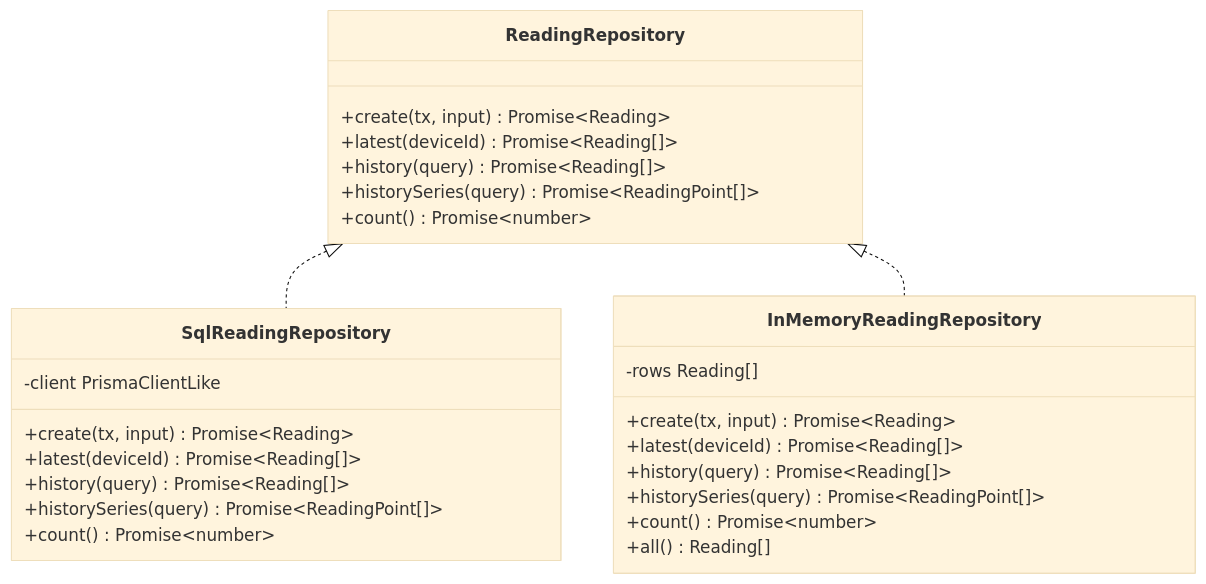
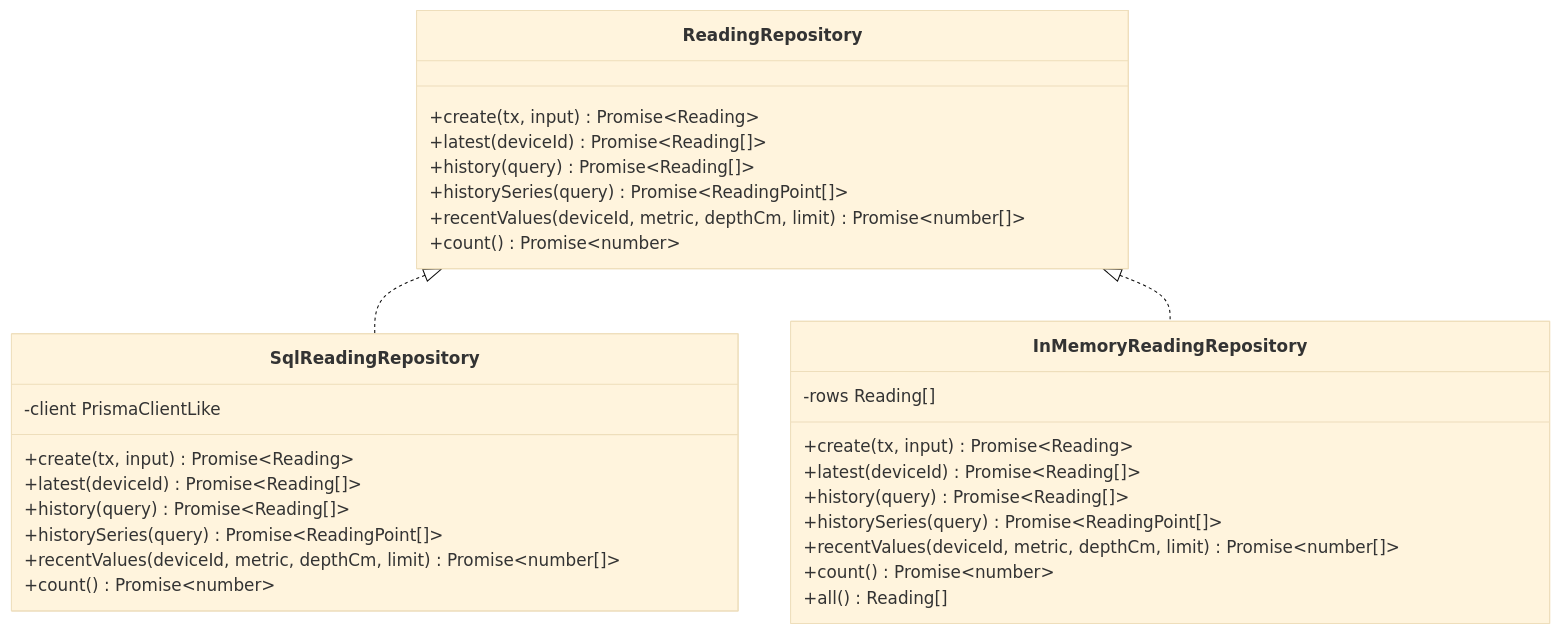
One commit to q446328246/agri-platform changed the sixth of 15 diagrams in .qoder/repowiki/zh/content/核心服务文档/遥测数据服务.md. Above: the diagram before and after it, drawn with Mermaid (base theme). The commit also changed other lines of this file and 15 other files, not shown here.

````diff
--- a/.qoder/repowiki/zh/content/核心服务文档/遥测数据服务.md
+++ b/.qoder/repowiki/zh/content/核心服务文档/遥测数据服务.md
@@ -233,29 +346,32 @@
 ```mermaid
 classDiagram
 class ReadingRepository {
 +create(tx, input) Promise~Reading~
 +latest(deviceId) Promise~Reading[]~
 +history(query) Promise~Reading[]~
 +historySeries(query) Promise~ReadingPoint[]~
++recentValues(deviceId, metric, depthCm, limit) Promise~number[]~
 +count() Promise~number~
 }
 class SqlReadingRepository {
 -client PrismaClientLike
 +create(tx, input) Promise~Reading~
 +latest(deviceId) Promise~Reading[]~
 +history(query) Promise~Reading[]~
 +historySeries(query) Promise~ReadingPoint[]~
++recentValues(deviceId, metric, depthCm, limit) Promise~number[]~
 +count() Promise~number~
 }
 class InMemoryReadingRepository {
 -rows Reading[]
 +create(tx, input) Promise~Reading~
 +latest(deviceId) Promise~Reading[]~
 +history(query) Promise~Reading[]~
 +historySeries(query) Promise~ReadingPoint[]~
++recentValues(deviceId, metric, depthCm, limit) Promise~number[]~
 +count() Promise~number~
 +all() Reading[]
 }
 ReadingRepository <|.. SqlReadingRepository
 ReadingRepository <|.. InMemoryReadingRepository
 ```
````
